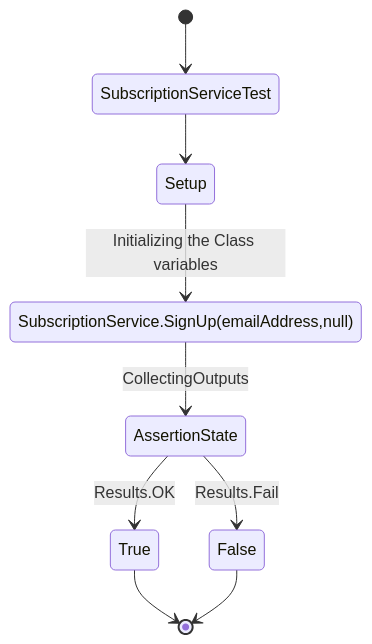
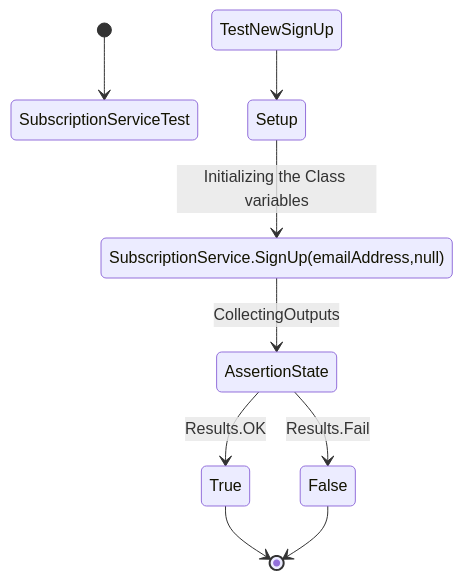
The second of 11 diagrams in model/tests/test.md (Emsaso/GetNews), drawn with Mermaid before and after one commit.

````diff
--- a/model/tests/test.md
+++ b/model/tests/test.md
@@ -33,35 +33,35 @@
 ```mermaid
 stateDiagram-v2
 [*] --> SubscriptionServiceTest
-    SubscriptionServiceTest --> Setup
+    TestNewSignUp --> Setup
     Setup --> SubscriptionService.SignUp(emailAddress,null):Initializing the Class variables
     
 #    state AssertionState <<choice>>
 #    state SubscriptionCheck <<choice>>
 #    state EnsureEmailValidity <<choice>>
 
 #    EnsureEmailValidity
 #       [*] --> EnsureEmailValidity
 #
 #        state CollectingInputs
 #        state HandleInvalidEmail
 #        state join_state <<join>>
 
 #        CollectingInputs --> EmailAddress.IsValid()
 #            EmailAddress.IsValid()--> (bool)HandleInvalidEmail
 #            HandleInvalidEmail  --> AssertionState
 
 #        EmailAddress.IsValid() --> SubscriptionCheck
             
 #            state HandleNullSubscription
 #            HandleNullSubscription --> CreateSubScription
 #            CreateSubScription --> AssertionState
         
 
     SubscriptionService.SignUp(emailAddress,null) --> AssertionState:CollectingOutputs
     
     AssertionState --> True:Results.OK
     AssertionState --> False:Results.Fail
     True --> [*]
     False --> [*]
 ```
````
